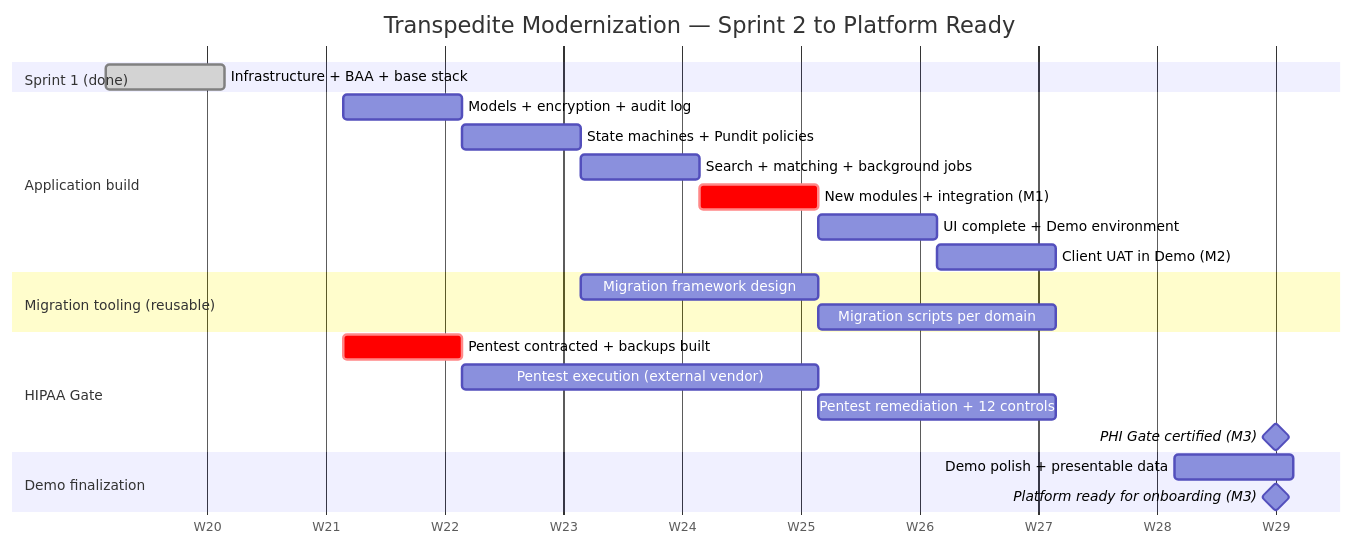
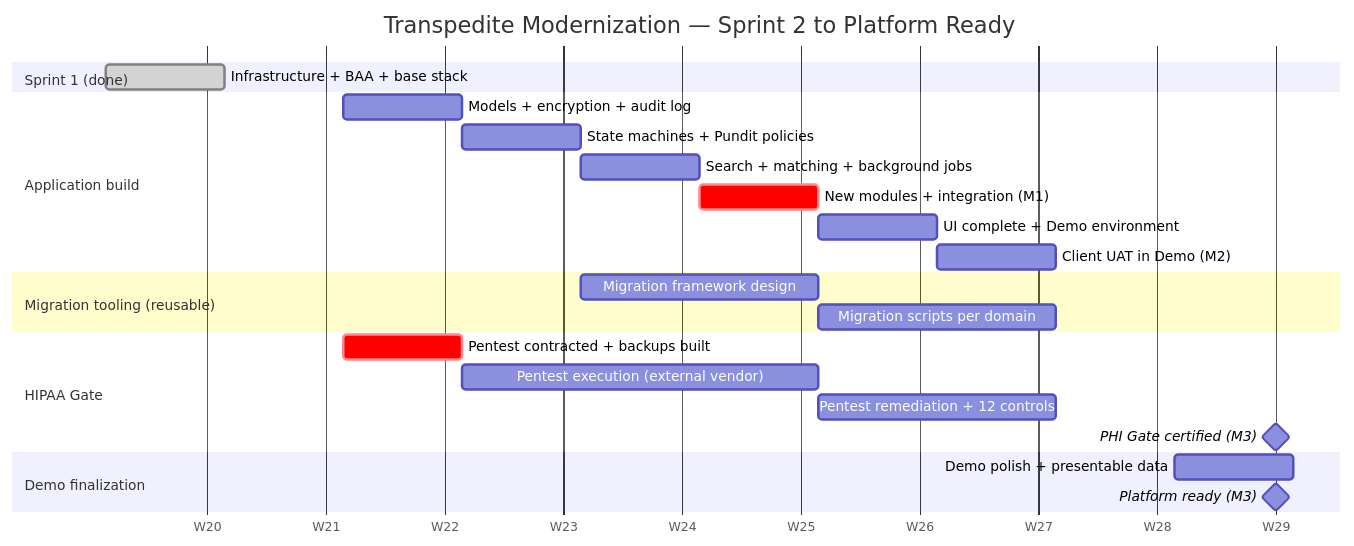
Before and after one commit to Tucan-Talent/transpedite-architecture: the diagram in work-plan.md, drawn with Mermaid. The commit also changed other lines of this file, not shown here.

Commit message:
Update architecture without hospitals, onboarding, etc.

````diff
--- a/work-plan.md
+++ b/work-plan.md
@@ -87,31 +80,31 @@
 ```mermaid
 gantt
     title Transpedite Modernization — Sprint 2 to Platform Ready
     dateFormat YYYY-MM-DD
     axisFormat W%V
 
     section Sprint 1 (done)
     Infrastructure + BAA + base stack        :done, s1, 2026-05-11, 1w
 
     section Application build
     Models + encryption + audit log          :a1, 2026-05-25, 1w
     State machines + Pundit policies         :a2, after a1, 1w
     Search + matching + background jobs      :a3, after a2, 1w
     New modules + integration (M1)           :crit, a4, after a3, 1w
     UI complete + Demo environment           :a5, after a4, 1w
     Client UAT in Demo (M2)                  :a6, after a5, 1w
 
     section Migration tooling (reusable)
     Migration framework design               :b1, 2026-06-08, 2w
     Migration scripts per domain             :b2, after b1, 2w
 
     section HIPAA Gate
     Pentest contracted + backups built       :crit, c1, 2026-05-25, 1w
     Pentest execution (external vendor)      :c2, after c1, 3w
     Pentest remediation + 12 controls        :c3, after c2, 2w
     PHI Gate certified (M3)                  :milestone, c4, 2026-07-19, 0d
 
     section Demo finalization
     Demo polish + presentable data           :d1, 2026-07-13, 1w
-    Platform ready for onboarding (M3)       :milestone, d2, 2026-07-19, 0d
+    Platform ready (M3)                      :milestone, d2, 2026-07-19, 0d
 ```
````
